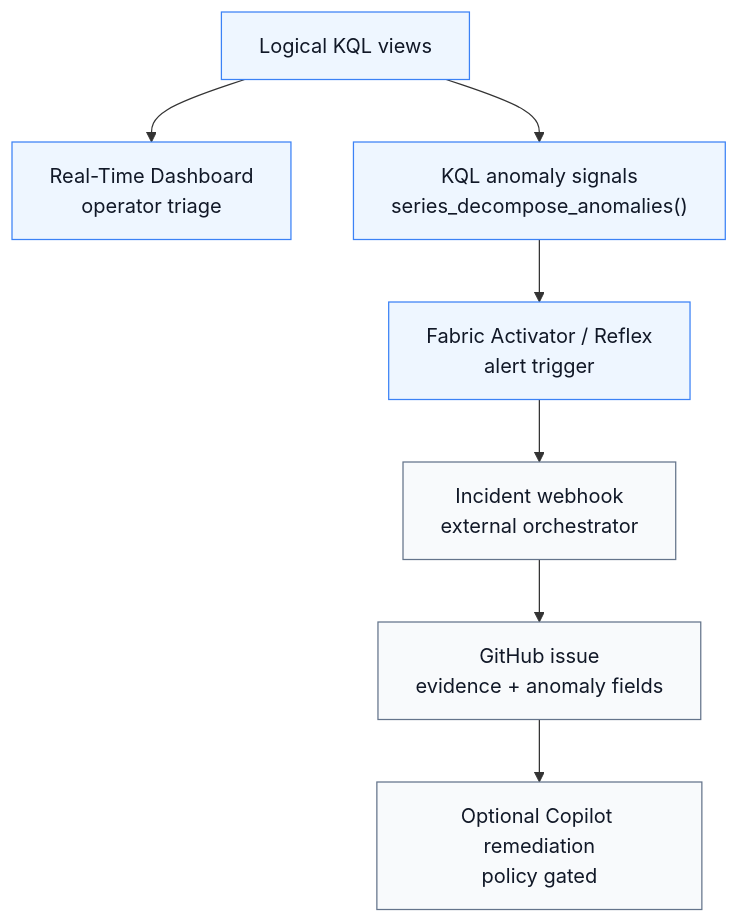
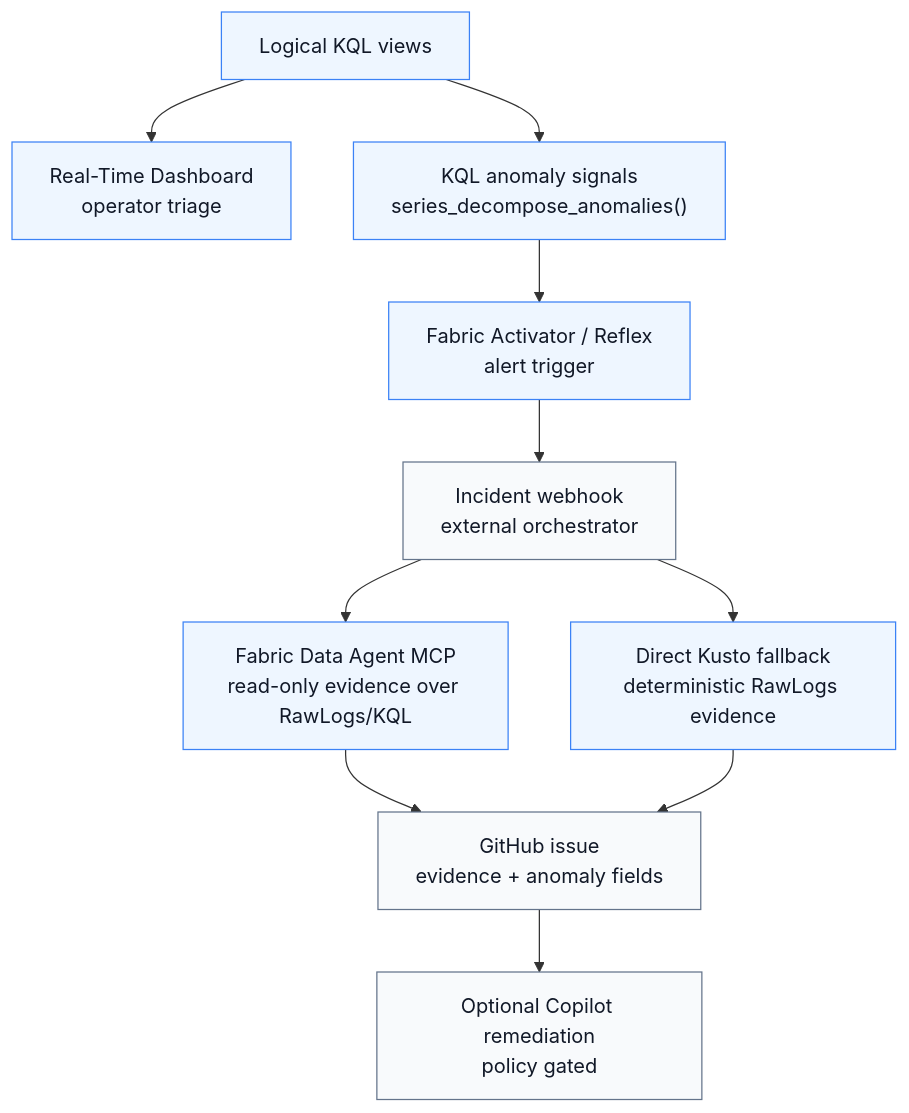
Before and after one commit to Metafiziks/grizl-fabric-observability: the second of 2 diagrams in README.md, drawn with Mermaid. The commit also changed other lines of this file, not shown here.

Commit message:
Clarify Fabric Data Agent observability flow

````diff
--- a/README.md
+++ b/README.md
@@ -38,18 +53,23 @@
 ```mermaid
 flowchart TB
     views["Logical KQL views"]
     dashboard["Real-Time Dashboard<br/>operator triage"]
     signals["KQL anomaly signals<br/>series_decompose_anomalies()"]
     activator["Fabric Activator / Reflex<br/>alert trigger"]
     webhook["Incident webhook<br/>external orchestrator"]
+    dataagent["Fabric Data Agent MCP<br/>read-only evidence over RawLogs/KQL"]
+    kusto["Direct Kusto fallback<br/>deterministic RawLogs evidence"]
     issue["GitHub issue<br/>evidence + anomaly fields"]
     copilot["Optional Copilot remediation<br/>policy gated"]
 
     views --> dashboard
-    views --> signals --> activator --> webhook --> issue --> copilot
+    views --> signals --> activator --> webhook
+    webhook --> dataagent --> issue
+    webhook --> kusto --> issue
+    issue --> copilot
 
     classDef fabric fill:#eef6ff,stroke:#3b82f6,color:#111827;
     classDef external fill:#f8fafc,stroke:#64748b,color:#111827;
-    class views,dashboard,signals,activator fabric;
+    class views,dashboard,signals,activator,dataagent,kusto fabric;
     class webhook,issue,copilot external;
 ```
````
